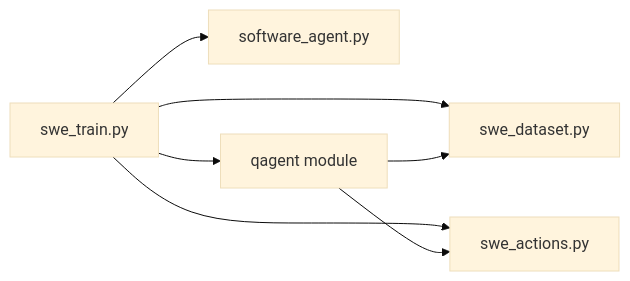
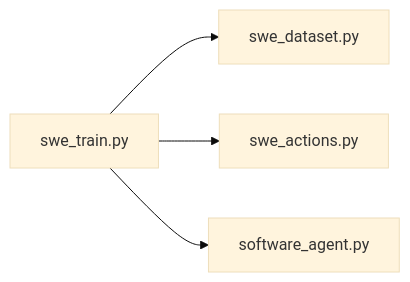
The fifth of 7 diagrams in docs/swe_module/swe_train_docs.md (peytontolbert/OpenStrawberry), drawn with Mermaid (base theme) before and after one commit. The commit also changed other lines of this file, not shown here.

Commit message:
updates to SWE docs..

````diff
--- a/docs/swe_module/swe_train_docs.md
+++ b/docs/swe_module/swe_train_docs.md
@@ -294,15 +263,11 @@
 ```mermaid
 graph LR
     SweTrain[swe_train.py]
     SweDataset[swe_dataset.py]
     SweActions[swe_actions.py]
     SoftwareAgent[software_agent.py]
-    QAgent[qagent module]
 
     SweTrain --> SweDataset
     SweTrain --> SweActions
     SweTrain --> SoftwareAgent
-    SweTrain --> QAgent
-    QAgent --> SweDataset
-    QAgent --> SweActions
 ```
````
